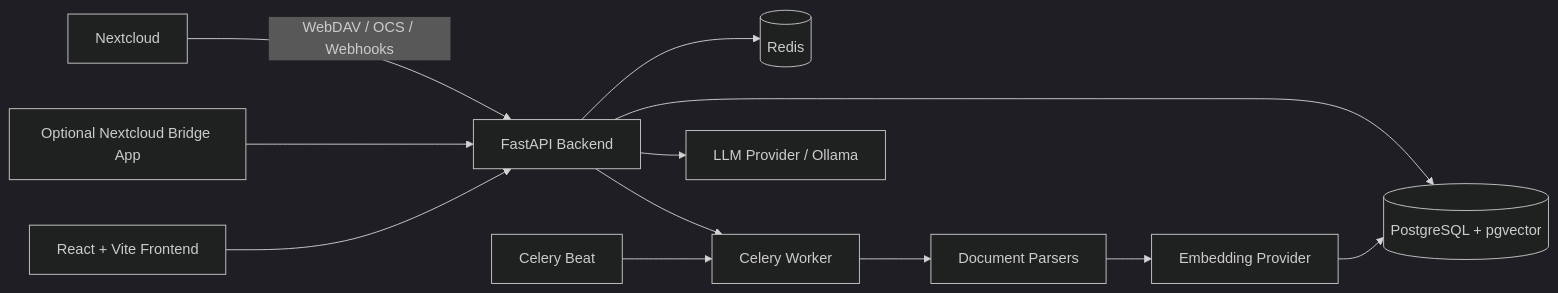
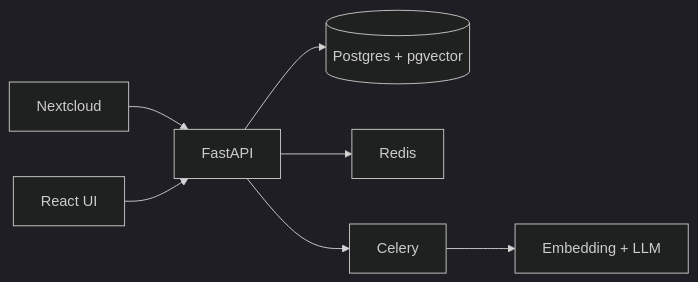
The diagram in README.md (oplt/nextcloud_ai), drawn with Mermaid (dark theme) before and after one commit. The commit also changed other lines of this file and 6 other files, not shown here.

````diff
--- a/README.md
+++ b/README.md
@@ -53,14 +53,9 @@
 ```mermaid
 flowchart LR
-    NC[Nextcloud] -->|WebDAV / OCS / Webhooks| API[FastAPI Backend]
-    Bridge[Optional Nextcloud Bridge App] --> API
-    FE[React + Vite Frontend] --> API
-    API --> PG[(PostgreSQL + pgvector)]
-    API --> Redis[(Redis)]
-    API --> Worker[Celery Worker]
-    Beat[Celery Beat] --> Worker
-    Worker --> Parser[Document Parsers]
-    Parser --> Embed[Embedding Provider]
-    Embed --> PG
-    API --> LLM[LLM Provider / Ollama]
+    NC[Nextcloud] --> API[FastAPI]
+    FE[React UI] --> API
+    API --> DB[(Postgres + pgvector)]
+    API --> Redis
+    API --> Worker[Celery]
+    Worker --> AI[Embedding + LLM]
 ```
````
